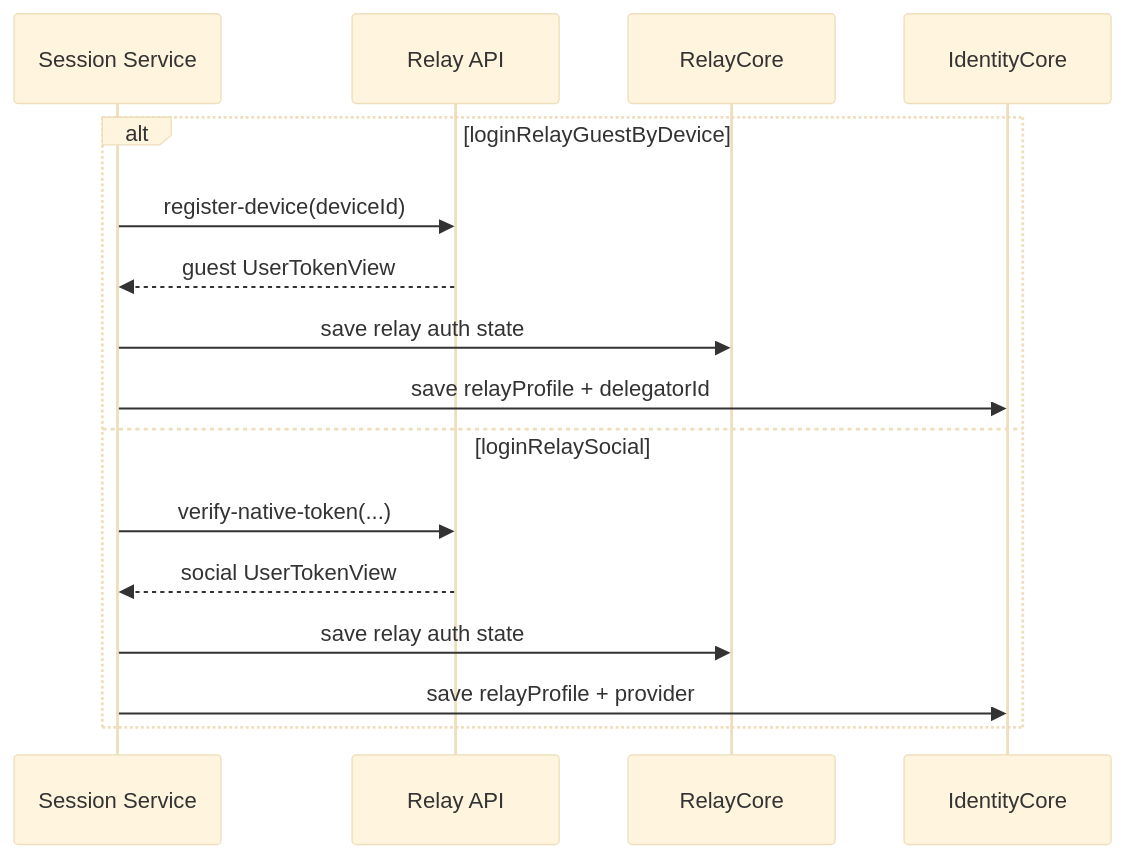
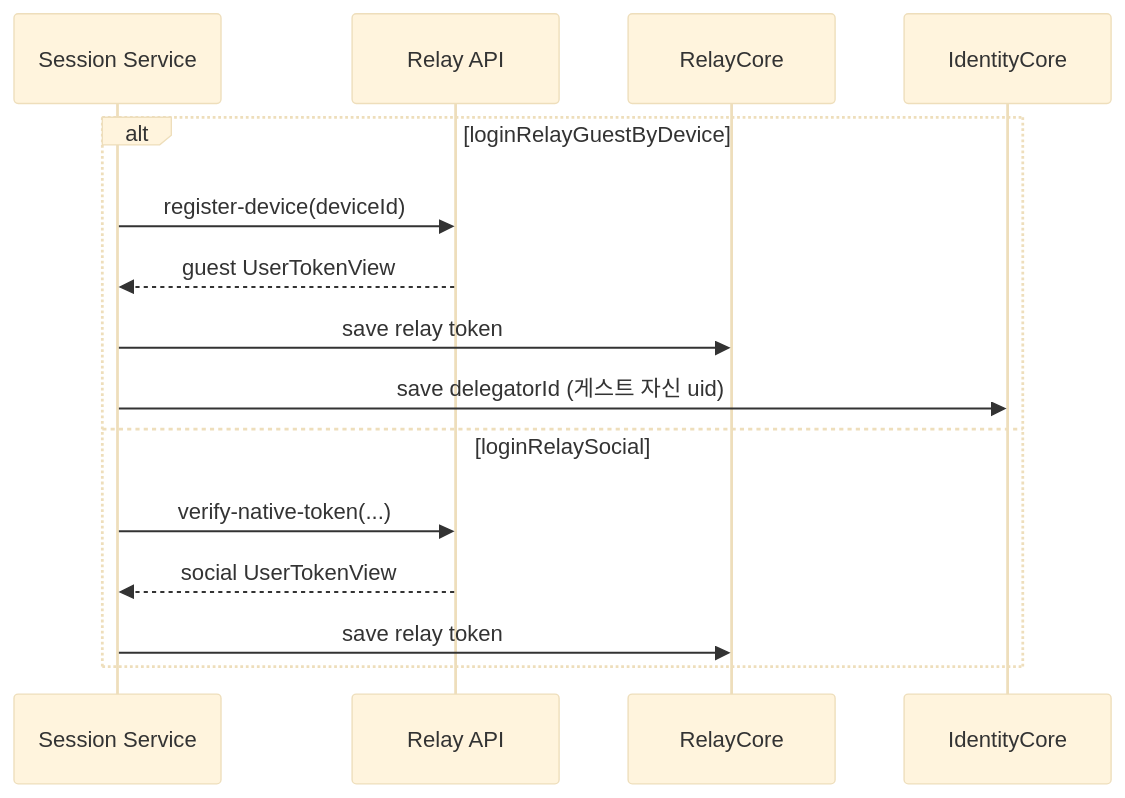
Before and after one commit to lemoncloud-io/dou-app: the eighth of 14 diagrams in libs/web-core/docs/session/session-scenarios.md, drawn with Mermaid (base theme). The commit also changed other lines of this file and 19 other files, not shown here.

````diff
--- a/libs/web-core/docs/session/session-scenarios.md
+++ b/libs/web-core/docs/session/session-scenarios.md
@@ -546,18 +528,17 @@
 ```mermaid
 sequenceDiagram
   participant S as Session Service
   participant R as Relay API
   participant RC as RelayCore
   participant IC as IdentityCore
   alt loginRelayGuestByDevice
     S->>R: register-device(deviceId)
     R-->>S: guest UserTokenView
-    S->>RC: save relay auth state
-    S->>IC: save relayProfile + delegatorId
+    S->>RC: save relay token
+    S->>IC: save delegatorId (게스트 자신 uid)
   else loginRelaySocial
     S->>R: verify-native-token(...)
     R-->>S: social UserTokenView
-    S->>RC: save relay auth state
-    S->>IC: save relayProfile + provider
+    S->>RC: save relay token
   end
 ```
````
